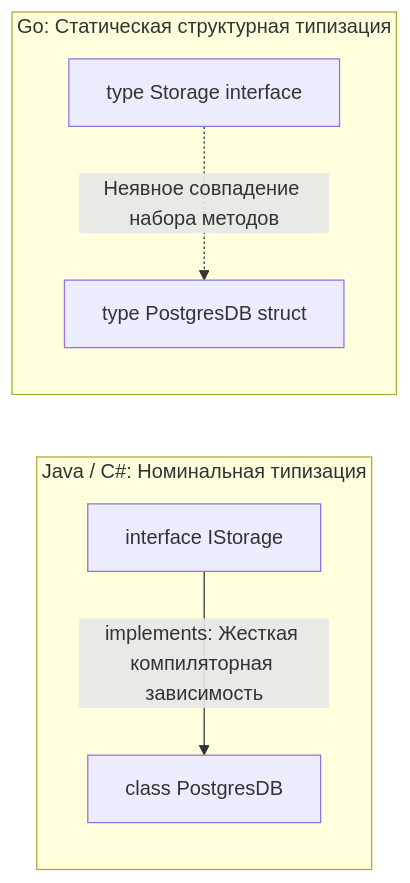
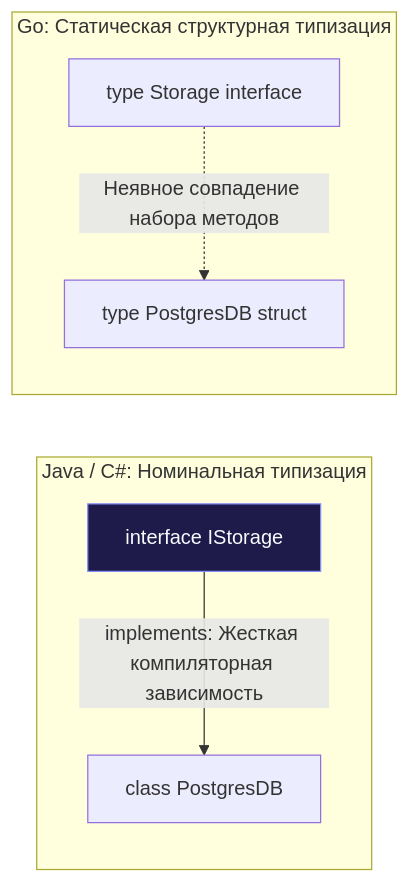
Before and after one commit to UnrealTemplier/go-textbook: the first of 2 diagrams in sources/4. История и философия Go/15. Duck Typing и неявная реализация интерфейсов.md, drawn with Mermaid. The commit also changed other lines of this file and 1666 other files, not shown here.

First line of the commit message:
feat(mermaid): add semantic color classDef to 1369 colorless flowchart/graph diagrams

````diff
--- a/sources/4. История и философия Go/15. Duck Typing и неявная реализация интерфейсов.md
+++ b/sources/4. История и философия Go/15. Duck Typing и неявная реализация интерфейсов.md
@@ -26,10 +26,20 @@
 ```mermaid
 flowchart LR
+    classDef process  fill:#1e293b,stroke:#38bdf8,stroke-width:1px,color:#f8fafc
+    classDef success  fill:#064e3b,stroke:#34d399,stroke-width:1px,color:#f8fafc
+    classDef error    fill:#7f1d1d,stroke:#f87171,stroke-width:1px,color:#f8fafc
+    classDef warning  fill:#78350f,stroke:#fbbf24,stroke-width:1px,color:#f8fafc
+    classDef entry    fill:#1e3a5f,stroke:#38bdf8,stroke-width:2px,color:#f8fafc
+    classDef aux      fill:#334155,stroke:#64748b,stroke-width:1px,color:#f8fafc
+    classDef system   fill:#312e81,stroke:#a78bfa,stroke-width:1px,color:#f8fafc
+    classDef data     fill:#132d29,stroke:#2dd4bf,stroke-width:1px,color:#f8fafc
+    classDef network  fill:#881337,stroke:#fb7185,stroke-width:1px,color:#f8fafc
+    classDef accent   fill:#1e1b4b,stroke:#818cf8,stroke-width:1px,color:#f8fafc
     subgraph NOMINAL_TYPING ["Java / C#: Номинальная типизация"]
-        A_INTERFACE["interface IStorage"] -->|"implements: Жесткая компиляторная зависимость"| B_CLASS["class PostgresDB"]
+        A_INTERFACE["interface IStorage"]:::accent -->|"implements: Жесткая компиляторная зависимость"| B_CLASS["class PostgresDB"]
     end
 
     subgraph STRUCTURAL_TYPING ["Go: Статическая структурная типизация"]
         C_INTERFACE["type Storage interface"] -.->|"Неявное совпадение набора методов"| D_STRUCT["type PostgresDB struct"]
     end
 ```
````
